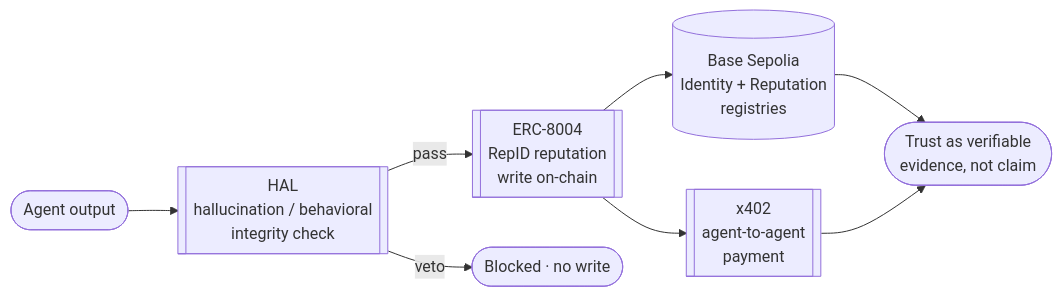
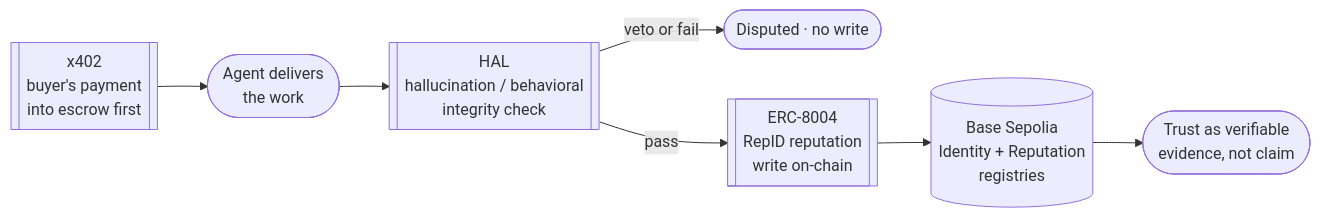
The first of 2 diagrams in README.md (DealAppSeo/hyperdag-protocol), drawn with Mermaid before and after one commit. The commit also changed other lines of this file and 8 other files, not shown here.

````diff
--- a/README.md
+++ b/README.md
@@ -103,10 +114,9 @@
 ```mermaid
 graph LR
-    A([Agent output]) --> HAL[["HAL<br/>hallucination / behavioral<br/>integrity check"]]
+    PAY[["x402<br/>buyer's payment<br/>into escrow first"]] --> A([Agent delivers<br/>the work])
+    A --> HAL[["HAL<br/>hallucination / behavioral<br/>integrity check"]]
+    HAL -->|veto or fail| STOP([Disputed · no write])
     HAL -->|pass| REP[["ERC-8004<br/>RepID reputation<br/>write on-chain"]]
-    HAL -->|veto| STOP([Blocked · no write])
     REP --> LEDGER[("Base Sepolia<br/>Identity + Reputation<br/>registries")]
-    REP --> PAY[["x402<br/>agent-to-agent<br/>payment"]]
     LEDGER --> EV([Trust as verifiable<br/>evidence, not claim])
-    PAY --> EV
 ```
````
